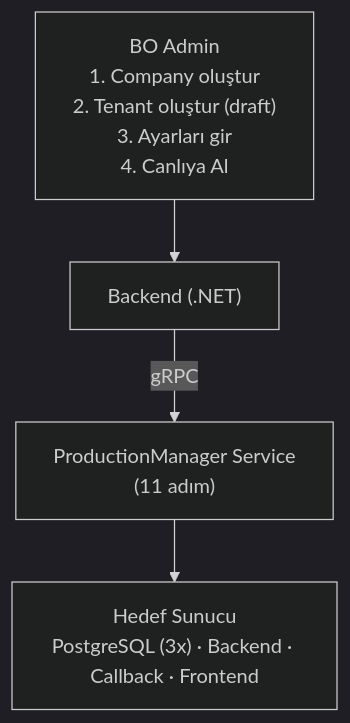
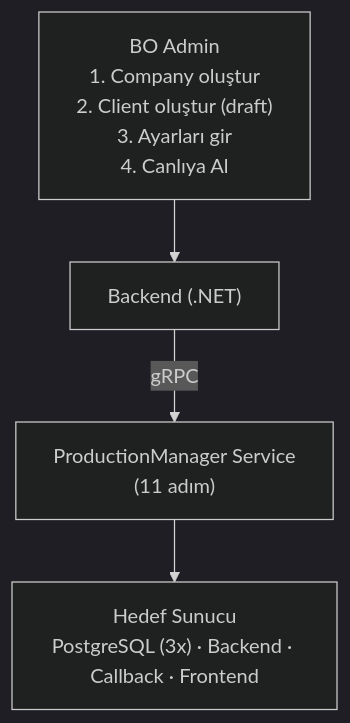
The first of 4 diagrams in .docs/guides/PROVISIONING_GUIDE.md (frhtshn/One.DB), drawn with Mermaid (dark theme) before and after one commit. The commit also changed other lines of this file and 442 other files, not shown here.

First line of the commit message:
Nucleo → Sortis One ve tenant → client içerik güncellemeleri

````diff
--- a/.docs/guides/PROVISIONING_GUIDE.md
+++ b/.docs/guides/PROVISIONING_GUIDE.md
@@ -13,8 +13,8 @@
 ```mermaid
 flowchart TD
-    BO["BO Admin<br/>1. Company oluştur<br/>2. Tenant oluştur (draft)<br/>3. Ayarları gir<br/>4. Canlıya Al"]
+    BO["BO Admin<br/>1. Company oluştur<br/>2. Client oluştur (draft)<br/>3. Ayarları gir<br/>4. Canlıya Al"]
     BE["Backend (.NET)"]
     PM["ProductionManager Service<br/>(11 adım)"]
     HS["Hedef Sunucu<br/>PostgreSQL (3x) · Backend · Callback · Frontend"]
     BO --> BE -- "gRPC" --> PM --> HS
 ```
````
